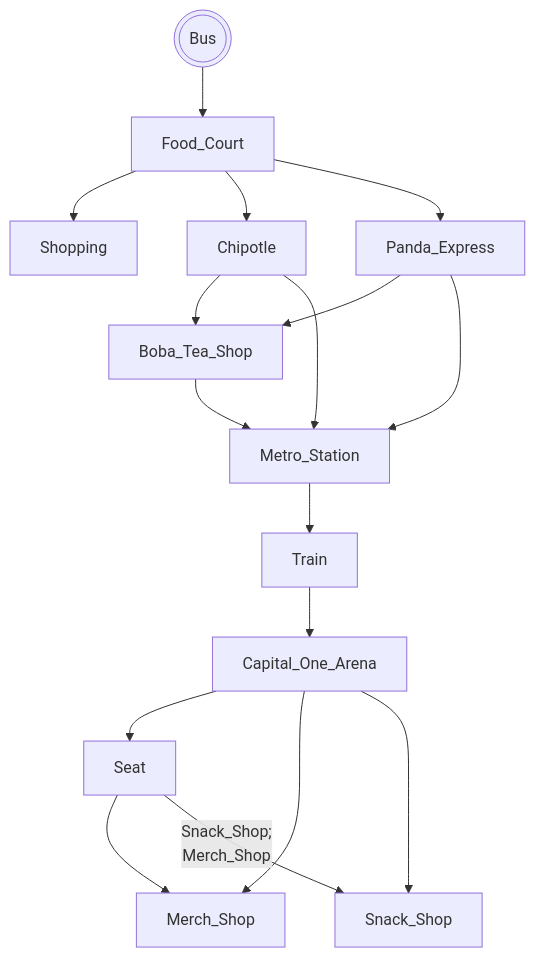
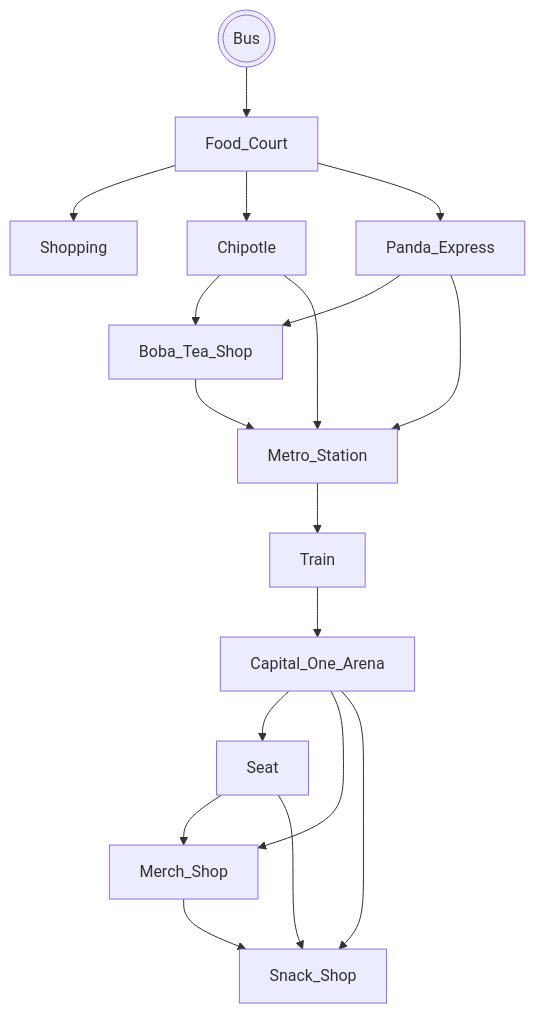
One commit to waleedchahid/waleedchahid.github.io changed the diagram in projects/game/README.md. Above: the diagram before and after it, drawn with Mermaid.

Commit message:
done...again

````diff
--- a/projects/game/README.md
+++ b/projects/game/README.md
@@ -11,20 +11,20 @@
 ```mermaid
 graph TD;
     bus(((Bus)))-->Food_Court;
     Food_Court-->Shopping;
     Food_Court-->Chipotle;
     Food_Court-->Panda_Express;
     Panda_Express-->Boba_Tea_Shop;
     Chipotle--> Boba_Tea_Shop;
     Boba_Tea_Shop-->Metro_Station;
     Chipotle-->Metro_Station;
     Panda_Express-->Metro_Station;
     Metro_Station-->Train;
     Train-->Capital_One_Arena;
     Capital_One_Arena-->Seat;
     Capital_One_Arena-->Merch_Shop;
     Capital_One_Arena-->Snack_Shop;
     Seat-->Merch_Shop;
-    Seat--Snack_Shop;
+    Seat-->Snack_Shop;
     Merch_Shop-->Snack_Shop;
 ```
````
